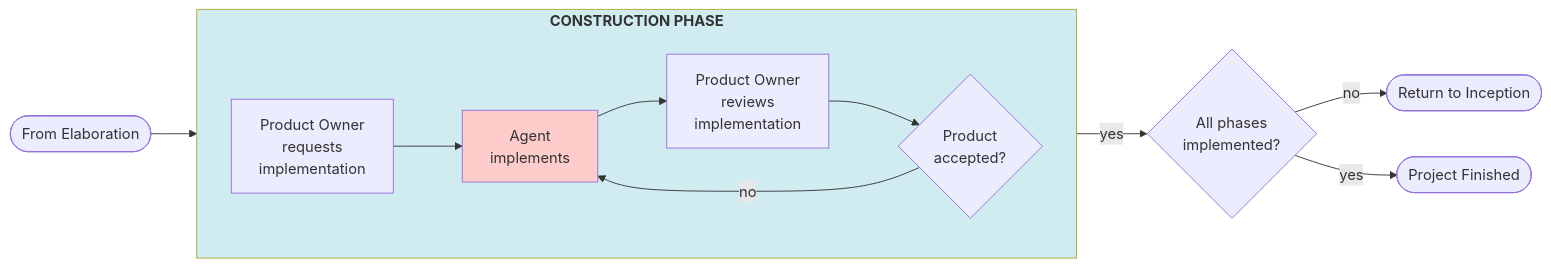
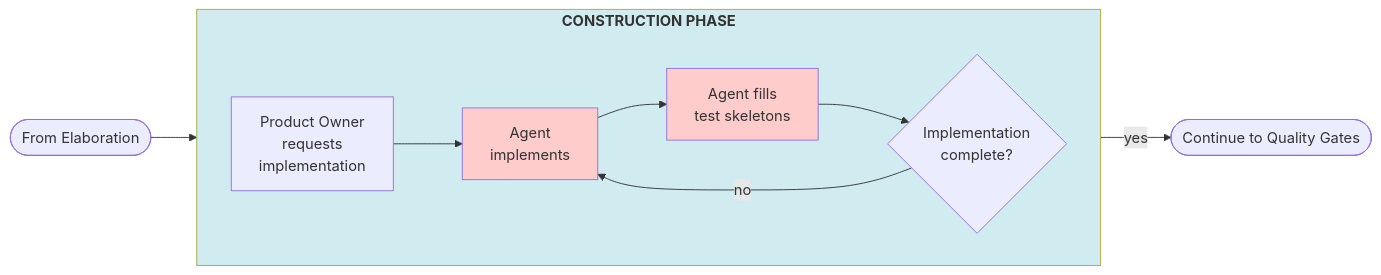
One commit to rstyczynski/RUPStrikesBack changed the fourth of 6 diagrams in docs/README.adoc. Above: the diagram before and after it, drawn with Mermaid. The commit also changed other lines of this file and 8 other files, not shown here.

First line of the commit message:
docs: add Quality Gates and Wrap-up phase diagrams for v2

```diff
--- a/docs/README.adoc
+++ b/docs/README.adoc
@@ -206,23 +206,22 @@
 [mermaid, format=svg]
 ----
 flowchart LR
     From([From Elaboration]) --> Co1
 
     subgraph Construction["<b>CONSTRUCTION PHASE</b>"]
         direction LR
         Co1[Product Owner<br/>requests<br/>implementation]
         Co2[Agent<br/>implements]
-        Co3[Product Owner<br/>reviews<br/>implementation]
-        Co4{Product<br/>accepted?}
+        Co3[Agent fills<br/>test skeletons]
+        Co4{Implementation<br/>complete?}
 
         Co1 --> Co2 --> Co3 --> Co4
         Co4 -->|no| Co2
     end
 
-    Co4 -->|yes| Final{All phases<br/>implemented?}
-    Final -->|no| Back([Return to Inception])
-    Final -->|yes| End([Project Finished])
+    Co4 -->|yes| Next([Continue to Quality Gates])
 
     style Construction fill:#d1ecf1
     style Co2 fill:#ffcccc
+    style Co3 fill:#ffcccc
 ----
```
